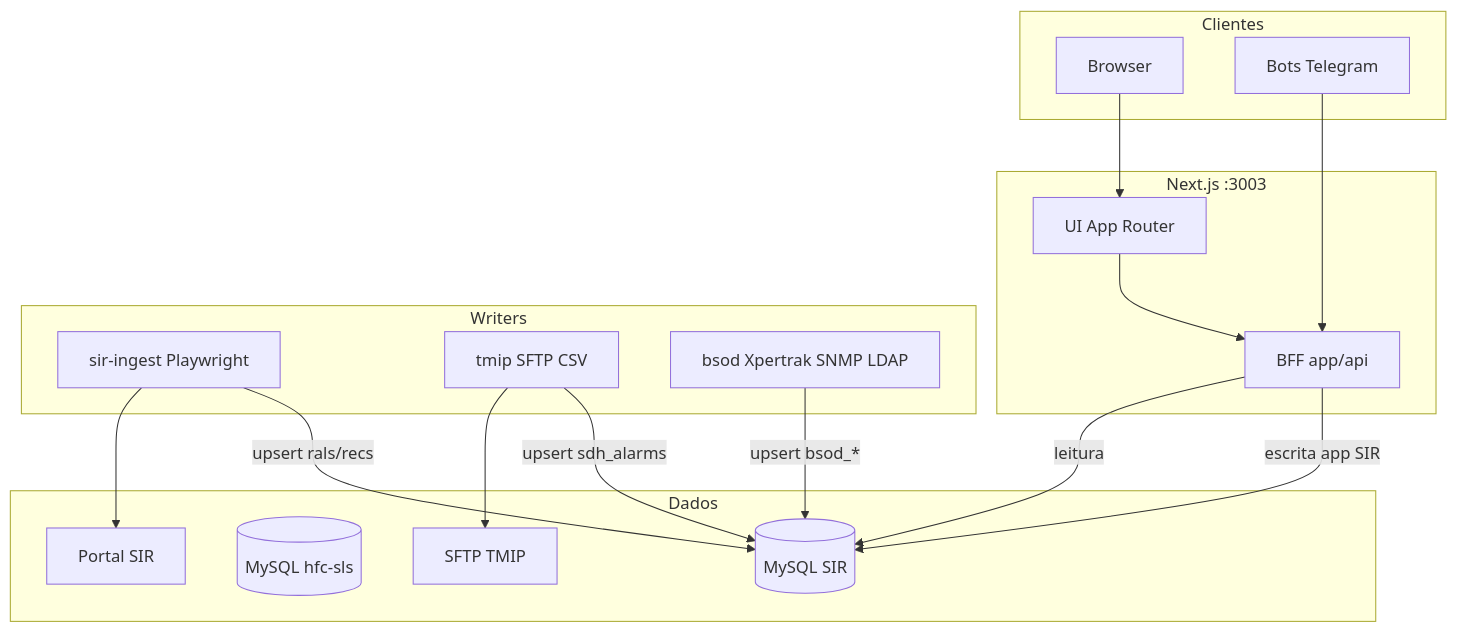
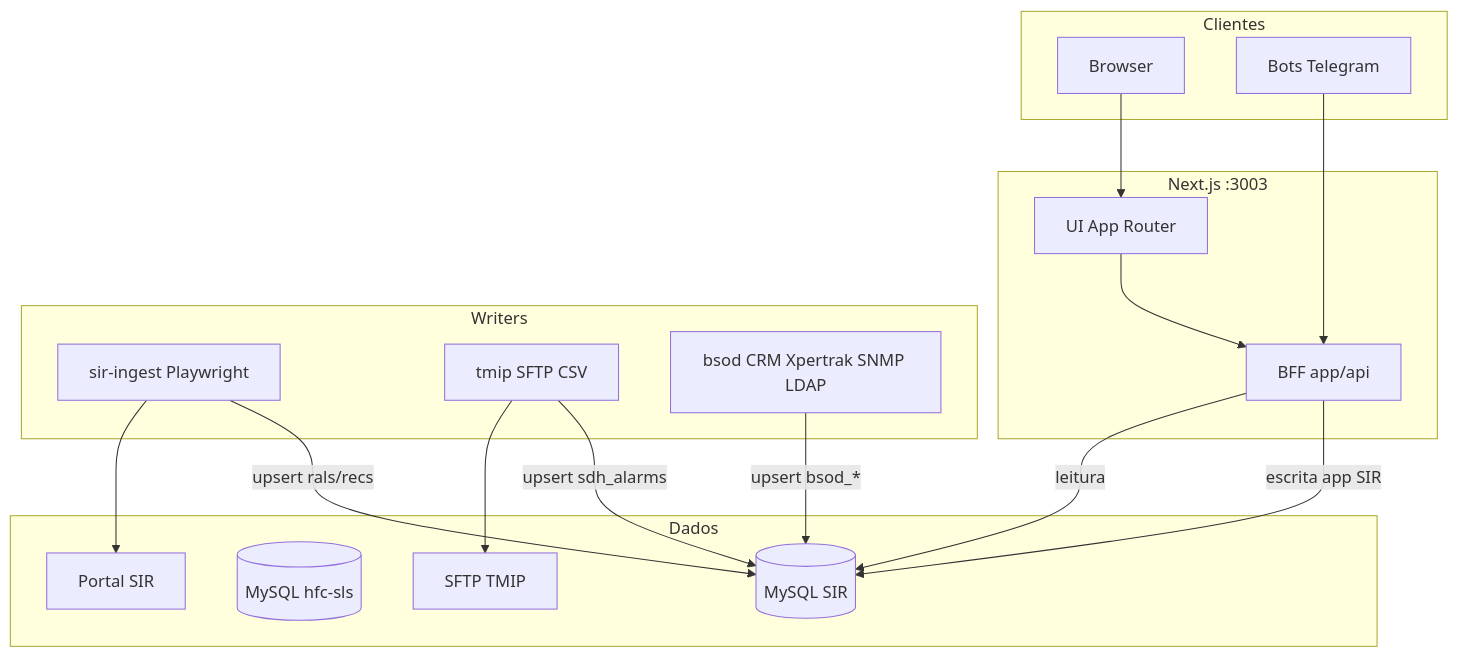
The diagram in docs/architecture/overview.md (rafaellcardooso/empresarial-grno), drawn with Mermaid before and after one commit. The commit also changed other lines of this file and 10 other files, not shown here.

First line of the commit message:
docs: document BSOD CRM sync and VLAN CMTS labels

````diff
--- a/docs/architecture/overview.md
+++ b/docs/architecture/overview.md
@@ -13,35 +13,35 @@
 ```mermaid
 flowchart TB
   subgraph clients [Clientes]
     browser[Browser]
     telegram[Bots Telegram]
   end
 
   subgraph next [Next.js :3003]
     ui[UI App Router]
     bff[BFF app/api]
   end
 
   subgraph writers [Writers]
     sirIngest[sir-ingest Playwright]
     tmip[tmip SFTP CSV]
-    bsodWorker[bsod Xpertrak SNMP LDAP]
+    bsodWorker[bsod CRM Xpertrak SNMP LDAP]
   end
 
   subgraph data [Dados]
     sirDb[(MySQL SIR)]
     hfcDb[(MySQL hfc-sls)]
     sirWeb[Portal SIR]
     tmipSftp[SFTP TMIP]
   end
 
   browser --> ui --> bff
   telegram --> bff
   bff -->|leitura| sirDb
     bff -->|escrita app SIR| sirDb
   sirIngest --> sirWeb
   sirIngest -->|upsert rals/recs| sirDb
   tmip --> tmipSftp
   tmip -->|upsert sdh_alarms| sirDb
   bsodWorker -->|upsert bsod_*| sirDb
 ```
````
